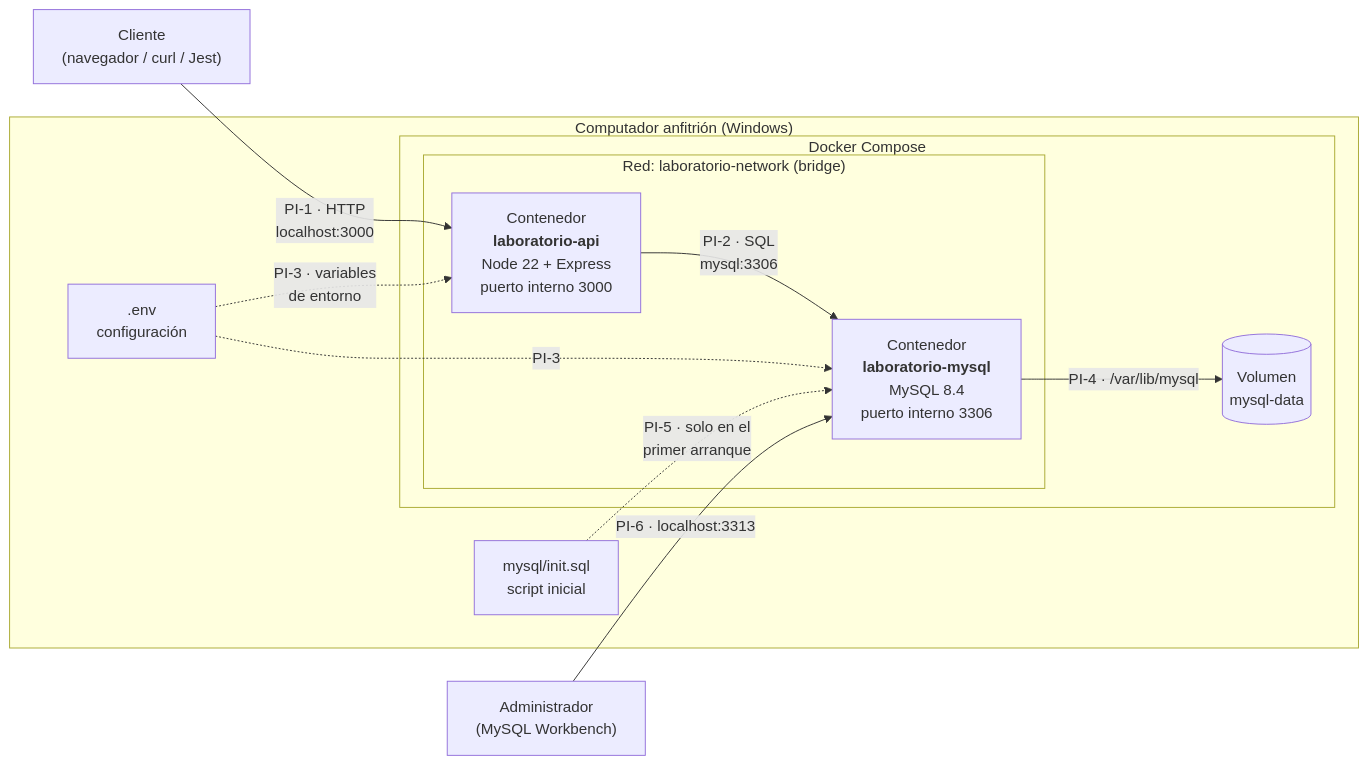
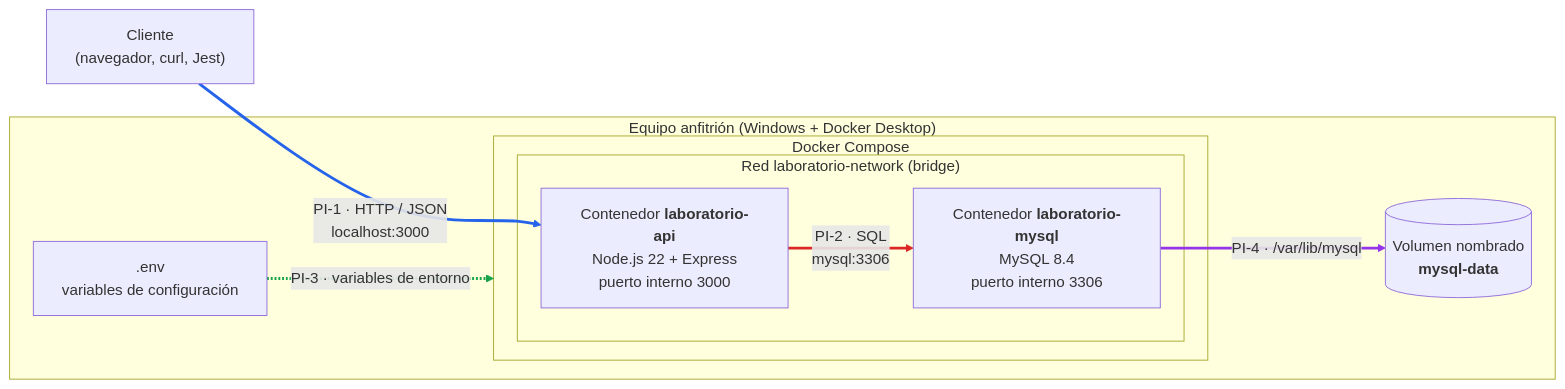
One commit to Jhonzn/exposicion-a-c-s changed the first of 2 diagrams in docs/arquitectura.md. Above: the diagram before and after it, drawn with Mermaid. The commit also changed other lines of this file, not shown here.

First line of the commit message:
docs: alinear arquitectura.md con el plan del equipo (fase 1 de R2)

````diff
--- a/docs/arquitectura.md
+++ b/docs/arquitectura.md
@@ -26,26 +27,27 @@
 ```mermaid
 flowchart LR
-    U["Cliente<br/>(navegador / curl / Jest)"]
-    W["Administrador<br/>(MySQL Workbench)"]
+    C["Cliente<br/>(navegador, curl, Jest)"]
 
-    subgraph HOST["Computador anfitrión (Windows)"]
-        ENV[".env<br/>configuración"]
-        SQL["mysql/init.sql<br/>script inicial"]
+    subgraph HOST["Equipo anfitrión (Windows + Docker Desktop)"]
+        ENV[".env<br/>variables de configuración"]
 
         subgraph COMPOSE["Docker Compose"]
-            subgraph NET["Red: laboratorio-network (bridge)"]
-                API["Contenedor<br/><b>laboratorio-api</b><br/>Node 22 + Express<br/>puerto interno 3000"]
-                DB["Contenedor<br/><b>laboratorio-mysql</b><br/>MySQL 8.4<br/>puerto interno 3306"]
+            subgraph NET["Red laboratorio-network (bridge)"]
+                API["Contenedor <b>laboratorio-api</b><br/>Node.js 22 + Express<br/>puerto interno 3000"]
+                DB["Contenedor <b>laboratorio-mysql</b><br/>MySQL 8.4<br/>puerto interno 3306"]
             end
-            VOL[("Volumen<br/>mysql-data")]
         end
+
+        VOL[("Volumen nombrado<br/><b>mysql-data</b>")]
     end
 
-    U -- "PI-1 · HTTP<br/>localhost:3000" --> API
-    API -- "PI-2 · SQL<br/>mysql:3306" --> DB
-    ENV -. "PI-3 · variables<br/>de entorno" .-> API
-    ENV -. "PI-3" .-> DB
-    DB -- "PI-4 · /var/lib/mysql" --> VOL
-    SQL -. "PI-5 · solo en el<br/>primer arranque" .-> DB
-    W -- "PI-6 · localhost:3313" --> DB
+    C ==>|"PI-1 · HTTP / JSON<br/>localhost:3000"| API
+    API ==>|"PI-2 · SQL<br/>mysql:3306"| DB
+    ENV -.->|"PI-3 · variables de entorno"| COMPOSE
+    DB ==>|"PI-4 · /var/lib/mysql"| VOL
+
+    linkStyle 0 stroke:#2563eb,stroke-width:3px
+    linkStyle 1 stroke:#dc2626,stroke-width:3px
+    linkStyle 2 stroke:#16a34a,stroke-width:3px
+    linkStyle 3 stroke:#9333ea,stroke-width:3px
 ```
````
